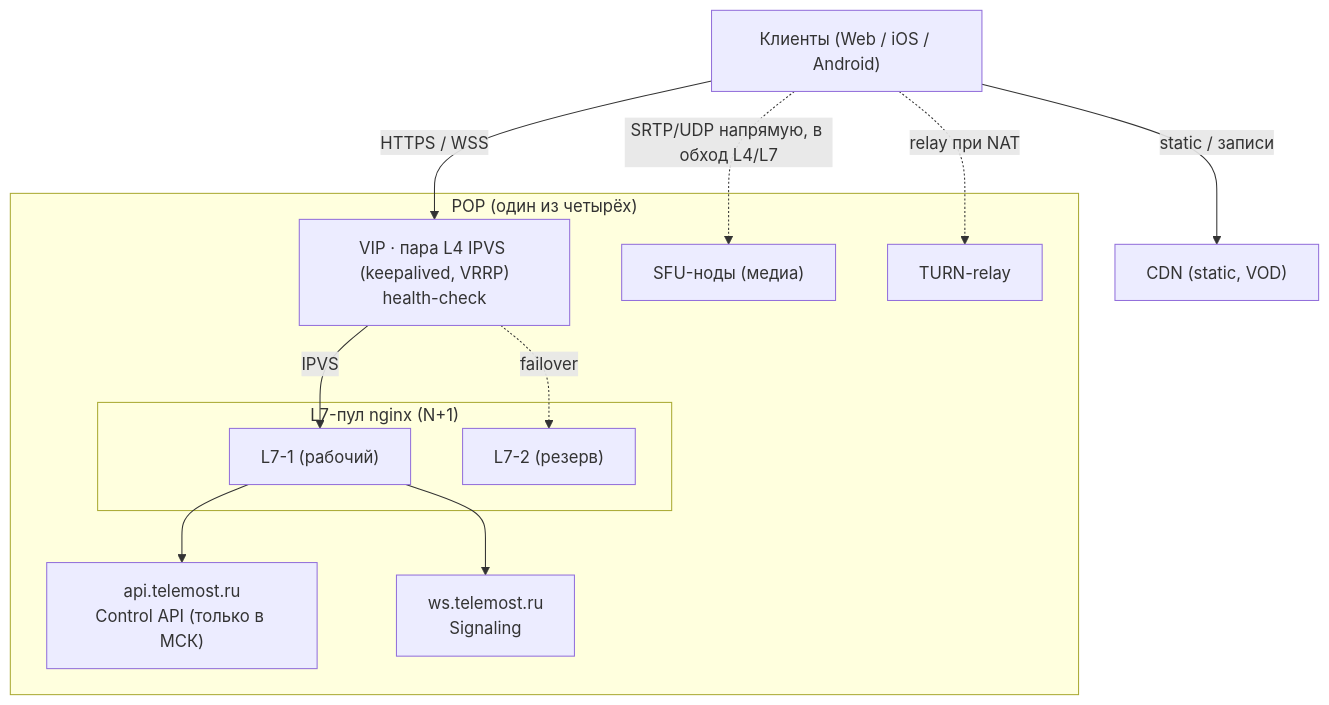
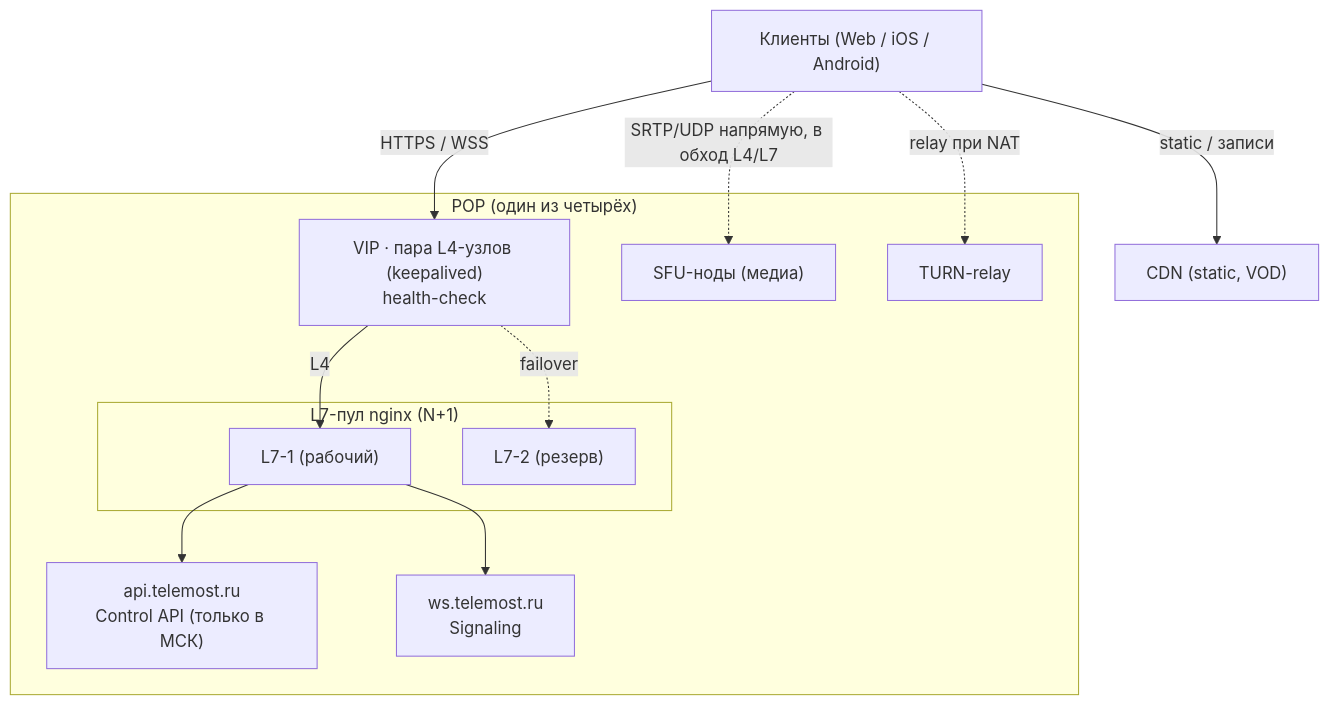
The diagram in resources/local-balancing.md (armishev/highload_course_project), drawn with Mermaid before and after one commit. The commit also changed 8 other files, not shown here.

````diff
--- a/resources/local-balancing.md
+++ b/resources/local-balancing.md
@@ -3,26 +3,26 @@
 ```mermaid
 flowchart TD
     C["Клиенты (Web / iOS / Android)"]
 
     subgraph POP["POP (один из четырёх)"]
-        VIP["VIP · пара L4 IPVS (keepalived, VRRP)<br/>health-check"]
+        VIP["VIP · пара L4-узлов (keepalived)<br/>health-check"]
         subgraph L7P["L7-пул nginx (N+1)"]
             L7A["L7-1 (рабочий)"]
             L7R["L7-2 (резерв)"]
         end
         API["api.telemost.ru<br/>Control API (только в МСК)"]
         WS["ws.telemost.ru<br/>Signaling"]
         SFU["SFU-ноды (медиа)"]
         TURN["TURN-relay"]
     end
     CDN["CDN (static, VOD)"]
 
     C -->|"HTTPS / WSS"| VIP
-    VIP -->|"IPVS"| L7A
+    VIP -->|"L4"| L7A
     VIP -. "failover" .-> L7R
     L7A --> API
     L7A --> WS
     C -. "SRTP/UDP напрямую, в обход L4/L7" .-> SFU
     C -. "relay при NAT" .-> TURN
     C -->|"static / записи"| CDN
 ```
````
